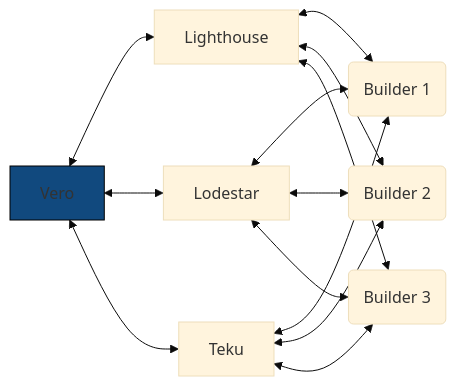
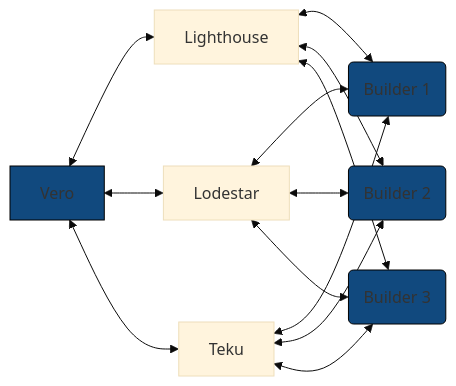
One commit to serenita-org/vero changed the first of 3 diagrams in docs/docs/usage/mev.md. Above: the diagram before and after it, drawn with Mermaid (base theme).

Commit message:
improve diagram

````diff
--- a/docs/docs/usage/mev.md
+++ b/docs/docs/usage/mev.md
@@ -17,23 +17,26 @@
 ```mermaid
 flowchart RL
 
 %% VC<->CL
 Lighthouse <--> Vero
 Lodestar <--> Vero
 Teku <--> Vero
 
 %% CL<->EL
 B1(Builder 1) <--> Lighthouse
 B1(Builder 1) <--> Lodestar
 B1(Builder 1) <--> Teku
 
 B2(Builder 2) <--> Lighthouse
 B2(Builder 2) <--> Lodestar
 B2(Builder 2) <--> Teku
 
 B3(Builder 3) <--> Lighthouse
 B3(Builder 3) <--> Lodestar
 B3(Builder 3) <--> Teku
 
 style Vero fill:#11497E,stroke:#000000
+style B1 fill:#11497E,stroke:#000000
+style B2 fill:#11497E,stroke:#000000
+style B3 fill:#11497E,stroke:#000000
 ```
````
